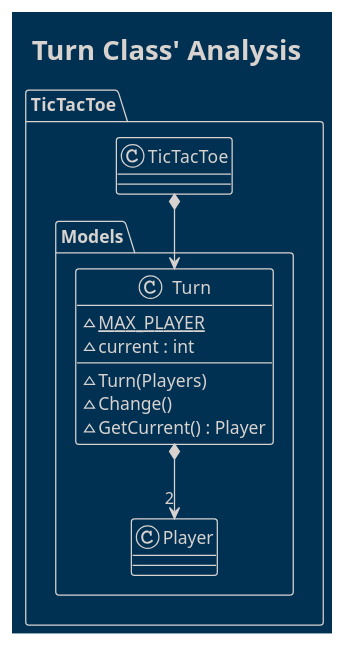
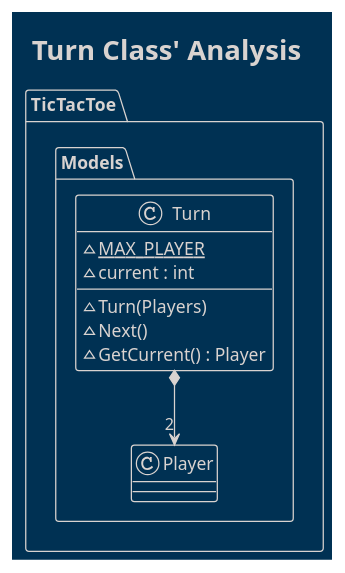
Before and after one commit to franpaulinoinfante/TicTacToe: the seventh of 13 diagrams in src/DomainModel/WithMachine/Docs/Anlysis.plantuml, drawn with PlantUML. The commit also changed other lines of this file, not shown here.

```diff
--- a/src/DomainModel/WithMachine/Docs/Anlysis.plantuml
+++ b/src/DomainModel/WithMachine/Docs/Anlysis.plantuml
@@ -178,19 +178,17 @@
 @startuml Turn Class Analysis
     !theme blueprint
     title Turn Class' Analysis
 
     package TicTacToe{        
         namespace Models{
-            TicTacToe.TicTacToe *--> Turn
-    
             class Turn{
                 ~{static}MAX_PLAYER
                 ~current : int
                 ~Turn(Players)
-                ~Change()
+                ~Next()
                 ~GetCurrent() : Player
             }
             Turn *--> "2" Player
         }
     }
 @enduml
```
